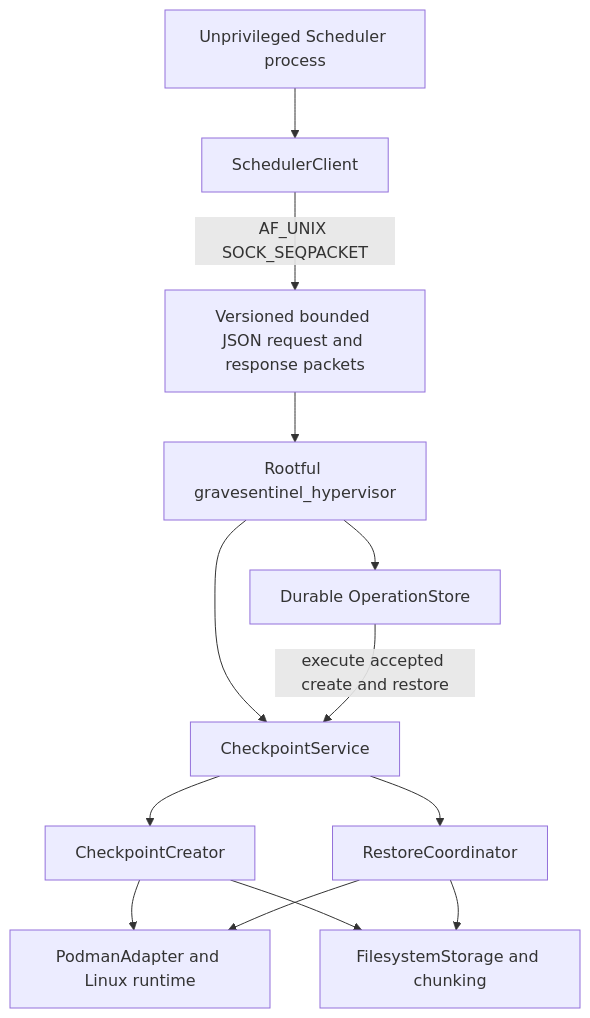
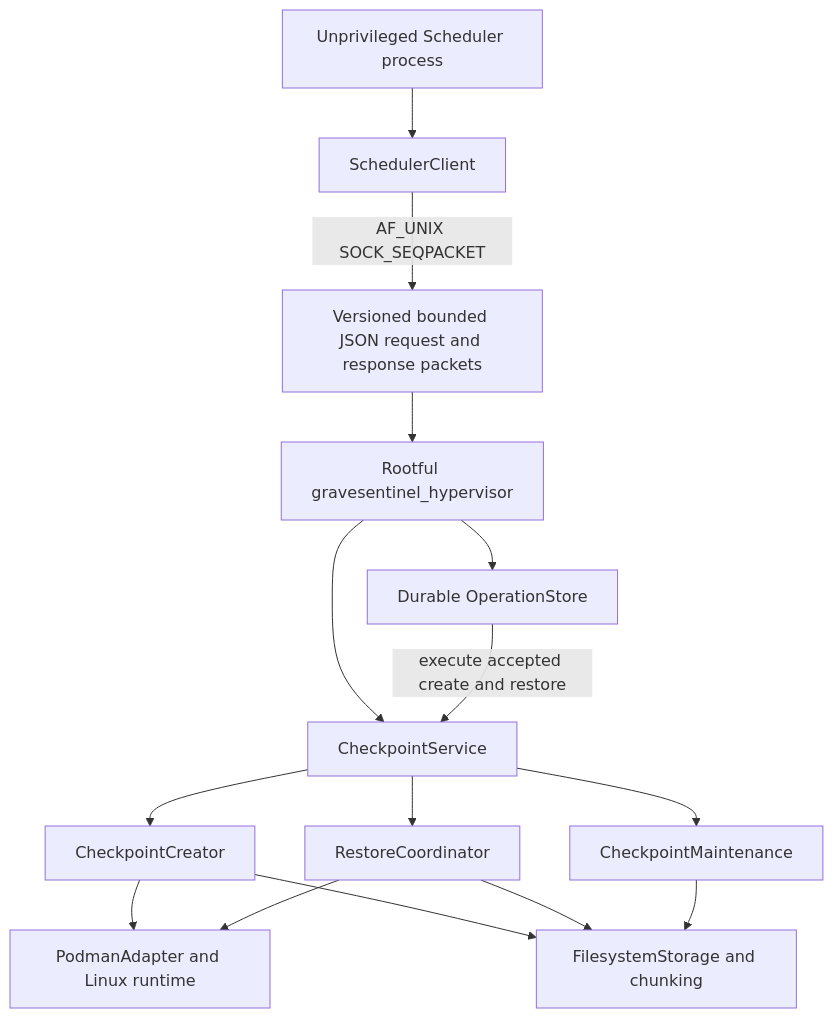
The first of 4 diagrams in docs/architecture.md (crystarm/gravesentinel), drawn with Mermaid before and after one commit. The commit also changed other lines of this file and 7 other files, not shown here.

````diff
--- a/docs/architecture.md
+++ b/docs/architecture.md
@@ -50,26 +53,29 @@
 ```mermaid
 flowchart TB
     Scheduler[Unprivileged Scheduler process]
     Client[SchedulerClient]
     Socket[Versioned bounded JSON request and response packets]
     Hypervisor[Rootful gravesentinel_hypervisor]
     Journal[Durable OperationStore]
     Service[CheckpointService]
     Create[CheckpointCreator]
     Restore[RestoreCoordinator]
+    Maintenance[CheckpointMaintenance]
     Runtime[PodmanAdapter and Linux runtime]
     Storage[FilesystemStorage and chunking]
 
     Scheduler --> Client
     Client -->|AF_UNIX SOCK_SEQPACKET| Socket
     Socket --> Hypervisor
     Hypervisor --> Journal
     Hypervisor --> Service
     Journal -->|execute accepted create and restore| Service
     Service --> Create
     Service --> Restore
+    Service --> Maintenance
     Create --> Runtime
     Create --> Storage
     Restore --> Runtime
     Restore --> Storage
+    Maintenance --> Storage
 ```
````
